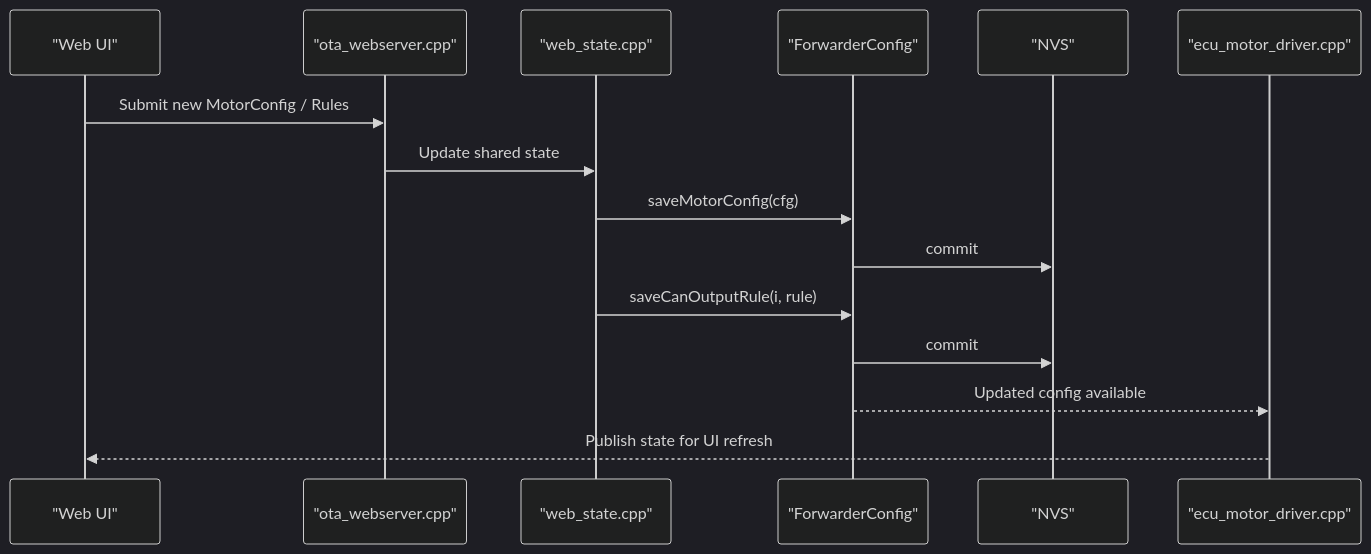
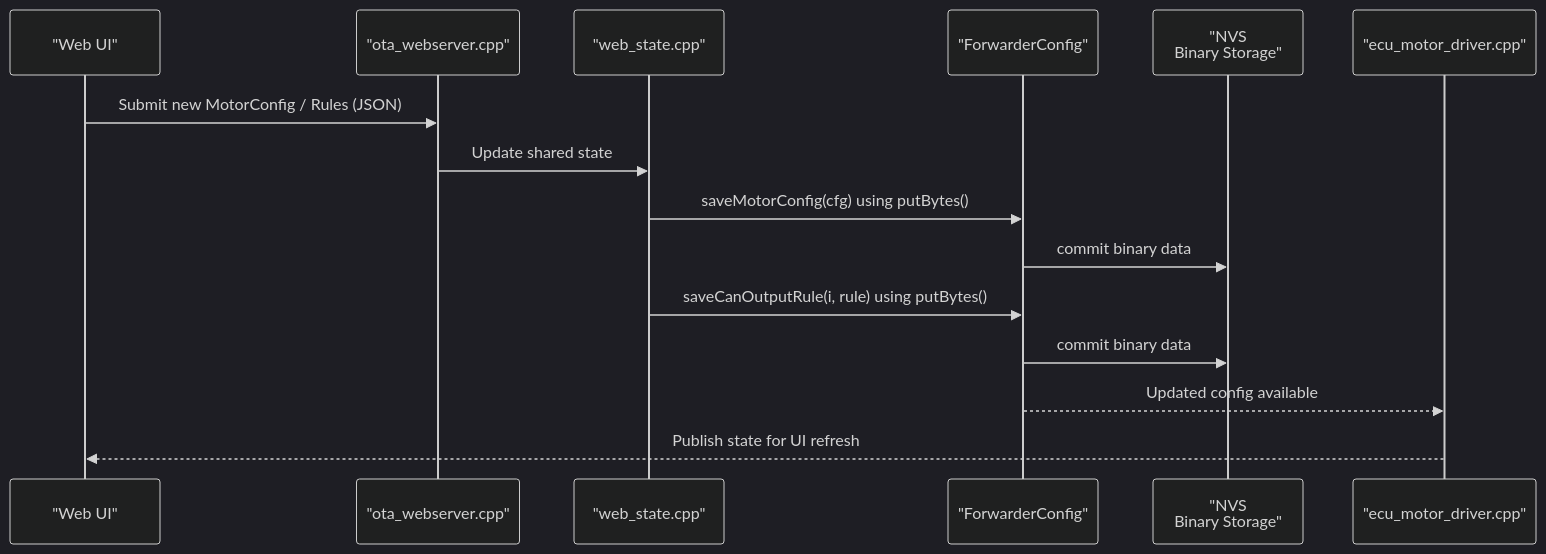
One commit to gunicsba/ESP_CAN_ECU_joystick_collection changed the fourth of 5 diagrams in .qoder/repowiki/en/content/Configuration Management/Configuration Management.md. Above: the diagram before and after it, drawn with Mermaid (dark theme). The commit also changed other lines of this file and 13 other files, not shown here.

````diff
--- a/.qoder/repowiki/en/content/Configuration Management/Configuration Management.md
+++ b/.qoder/repowiki/en/content/Configuration Management/Configuration Management.md
@@ -300,17 +336,17 @@
 ```mermaid
 sequenceDiagram
 participant UI as "Web UI"
 participant OTA as "ota_webserver.cpp"
 participant WS as "web_state.cpp"
 participant CFG as "ForwarderConfig"
-participant NVS as "NVS"
+participant NVS as "NVS<br/>Binary Storage"
 participant MD as "ecu_motor_driver.cpp"
-UI->>OTA : Submit new MotorConfig / Rules
+UI->>OTA : Submit new MotorConfig / Rules (JSON)
 OTA->>WS : Update shared state
-WS->>CFG : saveMotorConfig(cfg)
-CFG->>NVS : commit
-WS->>CFG : saveCanOutputRule(i, rule)
-CFG->>NVS : commit
+WS->>CFG : saveMotorConfig(cfg) using putBytes()
+CFG->>NVS : commit binary data
+WS->>CFG : saveCanOutputRule(i, rule) using putBytes()
+CFG->>NVS : commit binary data
 CFG-->>MD : Updated config available
 MD-->>UI : Publish state for UI refresh
 ```
````
